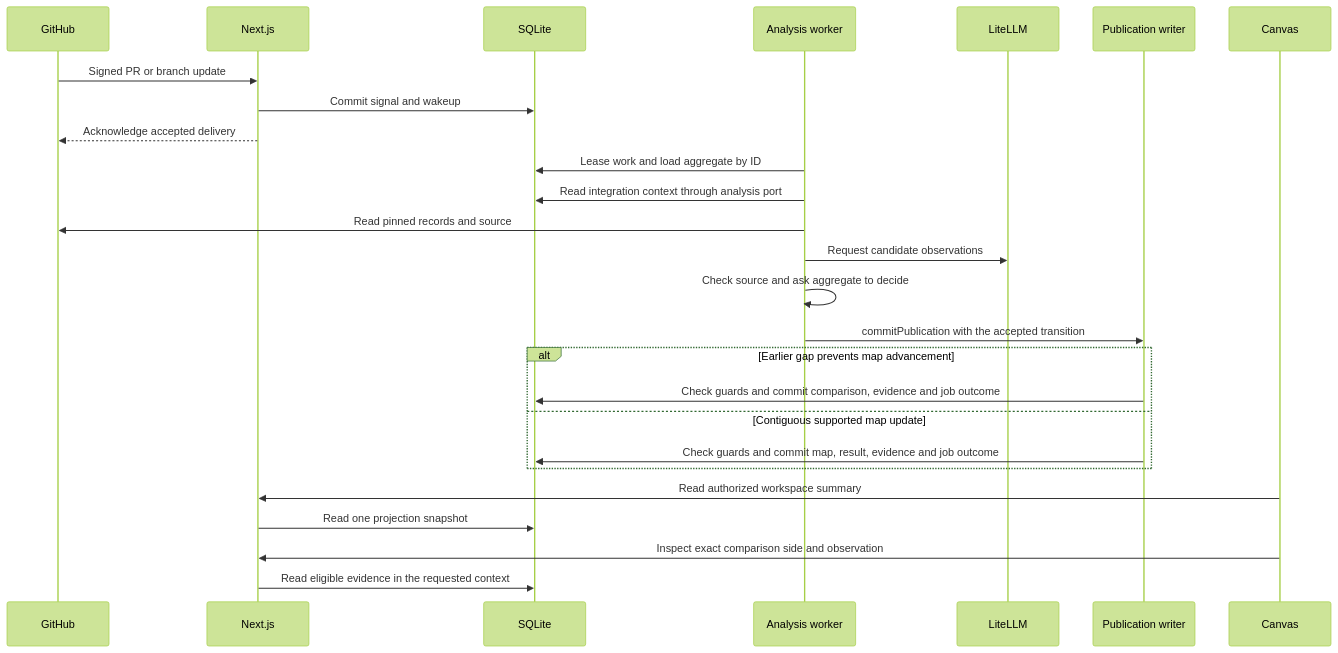
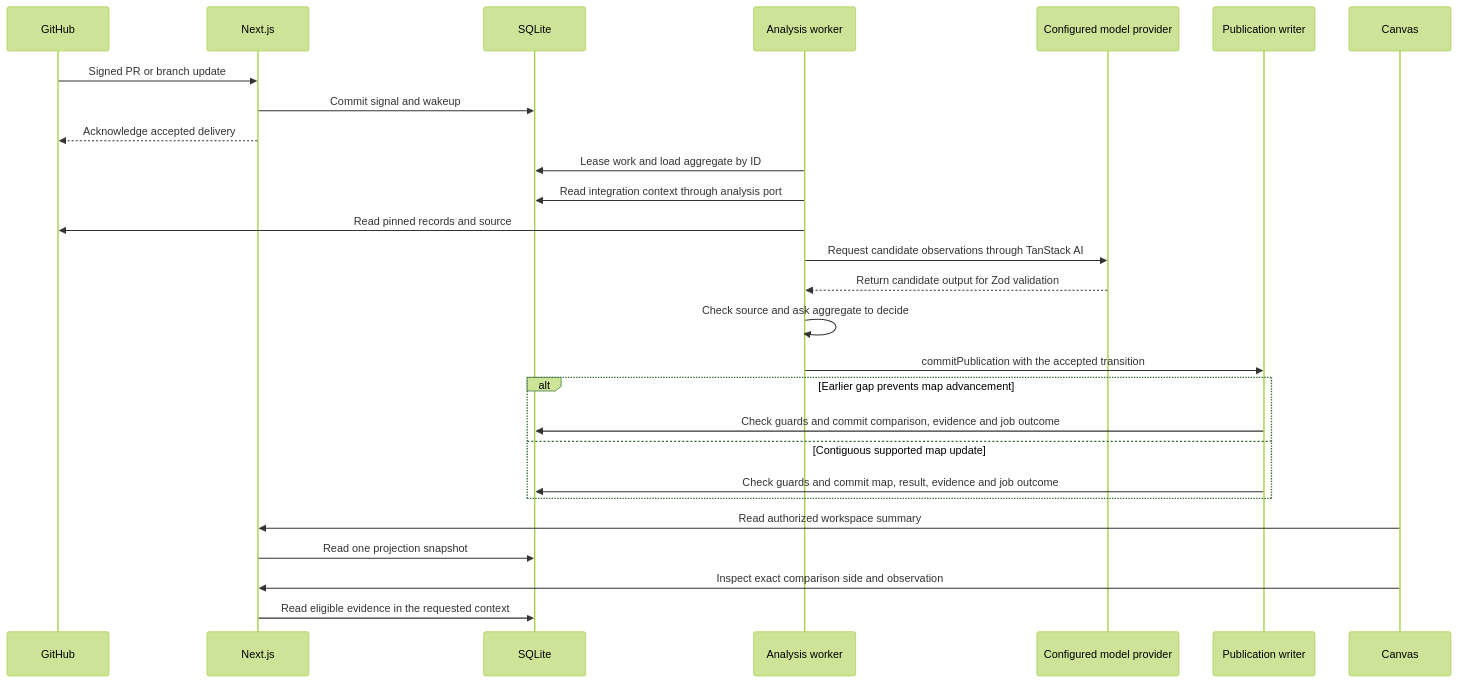
One commit to matejpalenik/narys changed the diagram in docs/epics/v1-first-slice-program-design.md. Above: the diagram before and after it, drawn with Mermaid (forest theme). The commit also changed other lines of this file and 172 other files, not shown here.

````diff
--- a/docs/epics/v1-first-slice-program-design.md
+++ b/docs/epics/v1-first-slice-program-design.md
@@ -1231,28 +1237,29 @@
 ```mermaid
 sequenceDiagram
     participant GitHub
     participant Web as Next.js
     participant DB as SQLite
     participant Worker as Analysis worker
-    participant Gateway as LiteLLM
+    participant Provider as Configured model provider
     participant Writer as Publication writer
     participant UI as Canvas
     GitHub->>Web: Signed PR or branch update
     Web->>DB: Commit signal and wakeup
     Web-->>GitHub: Acknowledge accepted delivery
     Worker->>DB: Lease work and load aggregate by ID
     Worker->>DB: Read integration context through analysis port
     Worker->>GitHub: Read pinned records and source
-    Worker->>Gateway: Request candidate observations
+    Worker->>Provider: Request candidate observations through TanStack AI
+    Provider-->>Worker: Return candidate output for Zod validation
     Worker->>Worker: Check source and ask aggregate to decide
     Worker->>Writer: commitPublication with the accepted transition
     alt Earlier gap prevents map advancement
         Writer->>DB: Check guards and commit comparison, evidence and job outcome
     else Contiguous supported map update
         Writer->>DB: Check guards and commit map, result, evidence and job outcome
     end
     UI->>Web: Read authorized workspace summary
     Web->>DB: Read one projection snapshot
     UI->>Web: Inspect exact comparison side and observation
     Web->>DB: Read eligible evidence in the requested context
 ```
````
